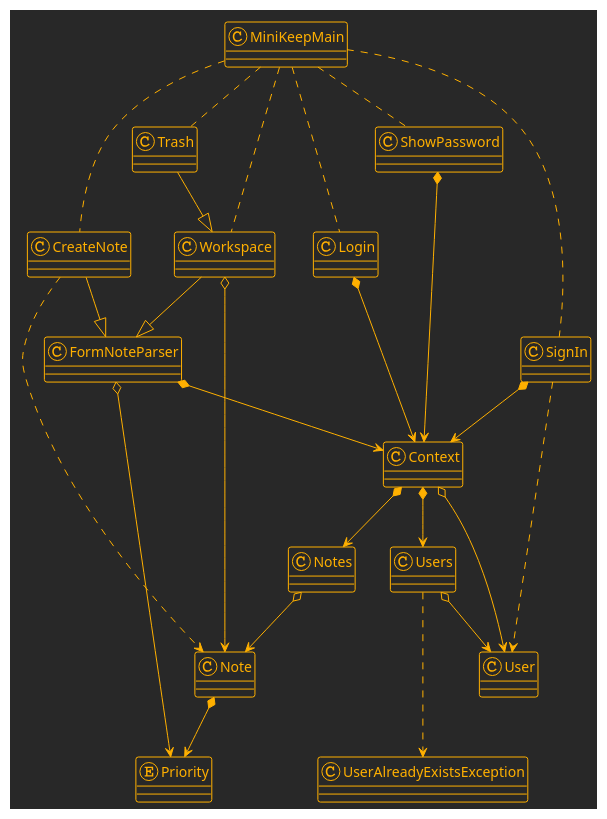
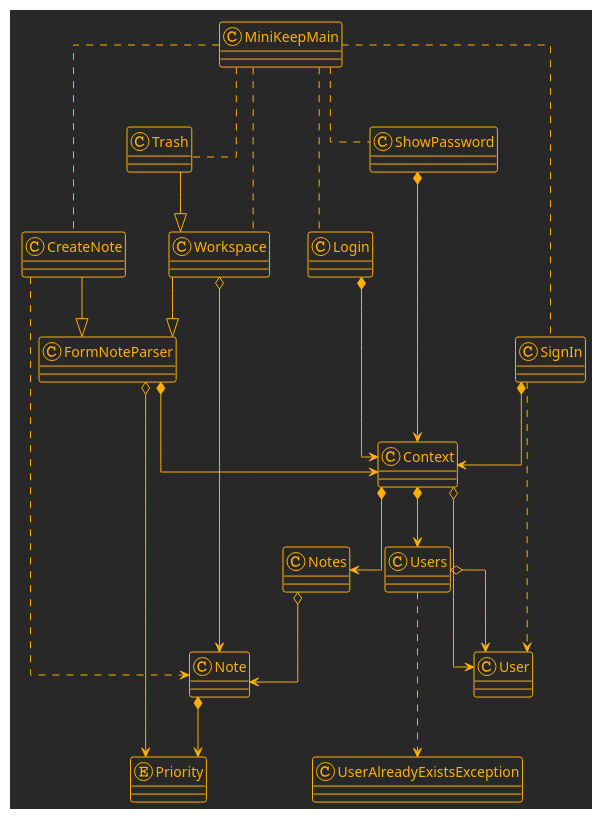
One commit to fraco-oxza/miniKeep changed the diagram in classDiagrams/brief.plantuml. Above: the diagram before and after it, drawn with PlantUML. The commit also changed 3 other files, not shown here.

```diff
--- a/classDiagrams/brief.plantuml
+++ b/classDiagrams/brief.plantuml
@@ -1,46 +1,47 @@
 @startuml
 
 !theme crt-amber
 top to bottom direction
+skinparam linetype ortho
 
 class Context
 class CreateNote
 class FormNoteParser
 class Login
 class MiniKeepMain
 class Note
 class Notes
 enum Priority
 class ShowPassword
 class SignIn
 class Trash
 class User
 class UserAlreadyExistsException
 class Users
 class Workspace
 
-MiniKeepMain .. CreateNote
-MiniKeepMain .. Workspace
-MiniKeepMain .. Login
-MiniKeepMain .. ShowPassword
-MiniKeepMain .. SignIn
-MiniKeepMain .. Trash
-Context                    *--> Notes
+MiniKeepMain                .. CreateNote
+MiniKeepMain                .. Workspace
+MiniKeepMain                .. Login
+MiniKeepMain                .. ShowPassword
+MiniKeepMain                .. SignIn
+MiniKeepMain                .. Trash
+Context                     *--> Notes
 Context                     o--> User
 Context                     *--> Users
 CreateNote                  --^  FormNoteParser
 CreateNote                  ..>  Note
 FormNoteParser              *-->  Context
 FormNoteParser              o-->  Priority
 Login                       *-->  Context
 Note                        *-->  Priority
 Notes                       o-->  Note
 ShowPassword                *-->  Context
 SignIn                      *-->  Context
 SignIn                      ...>  User
 Trash                       --^  Workspace
 Users                       o--> User
 Users                       ...>  UserAlreadyExistsException
 Workspace                   --^  FormNoteParser
 Workspace                   o--> Note
 @enduml
```
